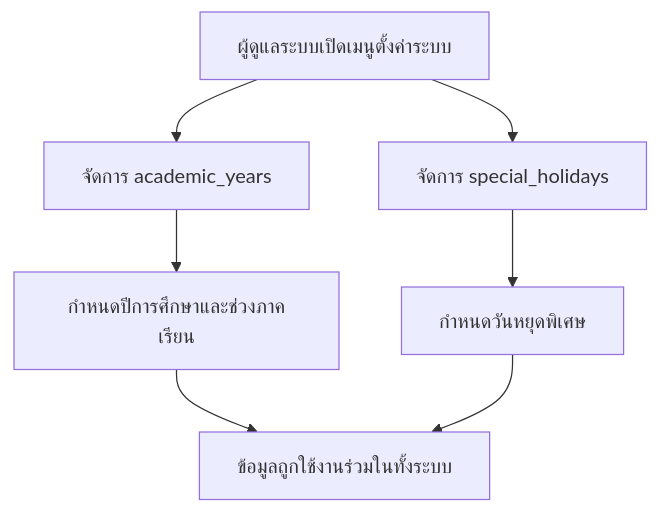
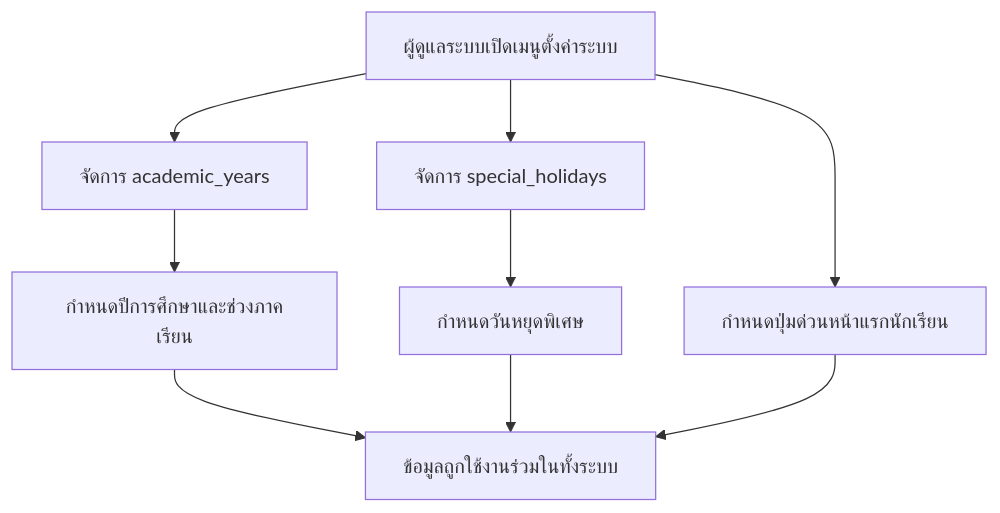
Before and after one commit to cboontact/doitg2026: diagram 21 of 22 in README.md, drawn with Mermaid. The commit also changed other lines of this file, not shown here.

````diff
--- a/README.md
+++ b/README.md
@@ -1249,9 +1258,11 @@
 ```mermaid
 flowchart TD
     A["ผู้ดูแลระบบเปิดเมนูตั้งค่าระบบ"] --> B["จัดการ academic_years"]
     A --> C["จัดการ special_holidays"]
+    A --> G["กำหนดปุ่มด่วนหน้าแรกนักเรียน"]
     B --> D["กำหนดปีการศึกษาและช่วงภาคเรียน"]
     C --> E["กำหนดวันหยุดพิเศษ"]
     D --> F["ข้อมูลถูกใช้งานร่วมในทั้งระบบ"]
     E --> F
+    G --> F
 ```
````
